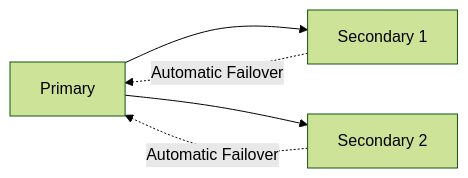
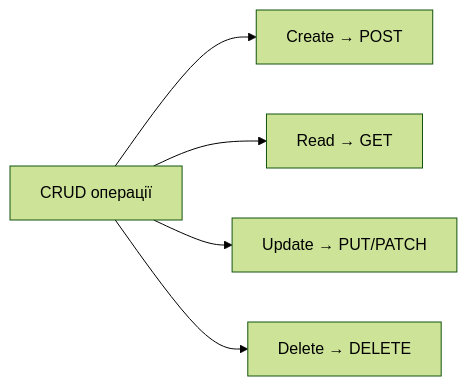
The fourth of 9 diagrams in docs/presentations/presentation-11.md (olroi421/course-opi), drawn with Mermaid (forest theme) before and after one commit. The commit also changed other lines of this file and 8 other files, not shown here.

````diff
--- a/docs/presentations/presentation-11.md
+++ b/docs/presentations/presentation-11.md
@@ -207,7 +183,7 @@
 ```mermaid
 graph LR
-    A[Primary] --> B[Secondary 1]
-    A --> C[Secondary 2]
-    B -.Automatic Failover.-> A
-    C -.Automatic Failover.-> A
+    A[CRUD операції] --> B[Create → POST]
+    A --> C[Read → GET]
+    A --> D[Update → PUT/PATCH]
+    A --> E[Delete → DELETE]
 ```
````
